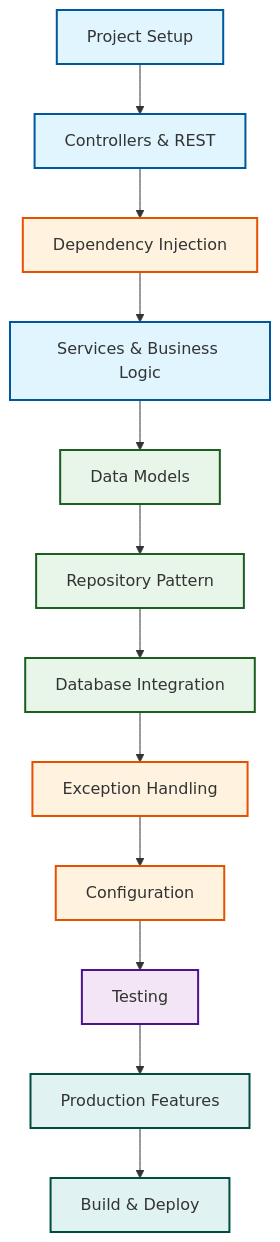
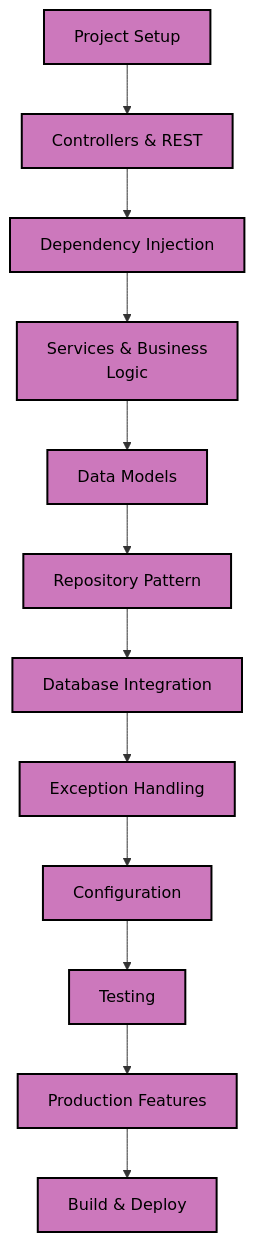
One commit to wahidyankf/ose-public changed the first of 2 diagrams in apps/ayokoding-www/content/en/learn/legacy/software-engineering/platforms/web/tools/jvm-spring-boot/quick-start.md. Above: the diagram before and after it, drawn with Mermaid. The commit also changed other lines of this file and 130 other files, not shown here.

First line of the commit message:
fix(mermaid): bring the legacy platforms diagrams onto the accessible palette

````diff
--- a/apps/ayokoding-www/content/en/learn/legacy/software-engineering/platforms/web/tools/jvm-spring-boot/quick-start.md
+++ b/apps/ayokoding-www/content/en/learn/legacy/software-engineering/platforms/web/tools/jvm-spring-boot/quick-start.md
@@ -28,27 +28,31 @@
 ```mermaid
 graph TD
+    accTitle: Learning Path
+    accDescr: Graph with 15 nodes and 14 connections. Nodes: Project Setup, B, REST, Dependency Injection, D, Business, Data Models, Repository Pattern, Database Integration, Exception Handling, Configuration, Testing, and 3 more. Connections: Project Setup to B, Project Setup to REST, B to Dependency Injection, Dependency Injection to D, Dependency Injection to Business, D to Data Models, Data Models to Repository Pattern, Repository Pattern to Database Integration, Database Integration to Exception Handling, Exception Handling to Configuration, Configuration to Testing, Testing to Production Features, and 2 more.
     A[Project Setup] --> B[Controllers & REST]
     B --> C[Dependency Injection]
-    C --> D[Services & Business Logic]
+    C --> D[Services & Business<br/>Logic]
     D --> E[Data Models]
     E --> F[Repository Pattern]
     F --> G[Database Integration]
     G --> H[Exception Handling]
     H --> I[Configuration]
     I --> J[Testing]
     J --> K[Production Features]
     K --> L[Build & Deploy]
 
-    style A fill:#e1f5ff,stroke:#01579b,stroke-width:2px
-    style B fill:#e1f5ff,stroke:#01579b,stroke-width:2px
-    style C fill:#fff3e0,stroke:#e65100,stroke-width:2px
-    style D fill:#e1f5ff,stroke:#01579b,stroke-width:2px
-    style E fill:#e8f5e9,stroke:#1b5e20,stroke-width:2px
-    style F fill:#e8f5e9,stroke:#1b5e20,stroke-width:2px
-    style G fill:#e8f5e9,stroke:#1b5e20,stroke-width:2px
-    style H fill:#fff3e0,stroke:#e65100,stroke-width:2px
-    style I fill:#fff3e0,stroke:#e65100,stroke-width:2px
-    style J fill:#f3e5f5,stroke:#4a148c,stroke-width:2px
-    style K fill:#e0f2f1,stroke:#004d40,stroke-width:2px
-    style L fill:#e0f2f1,stroke:#004d40,stroke-width:2px
+    classDef pal-CC78BC fill:#CC78BC,stroke:#000000,color:#000000,stroke-width:2px
+    class A pal-CC78BC
+    class B pal-CC78BC
+    class C pal-CC78BC
+    class D pal-CC78BC
+    class E pal-CC78BC
+    class F pal-CC78BC
+    class G pal-CC78BC
+    class H pal-CC78BC
+    class I pal-CC78BC
+    class J pal-CC78BC
+    class K pal-CC78BC
+    class L pal-CC78BC
+    classDef default fill:#0173B2,stroke:#000000,color:#FFFFFF
 ```
````
